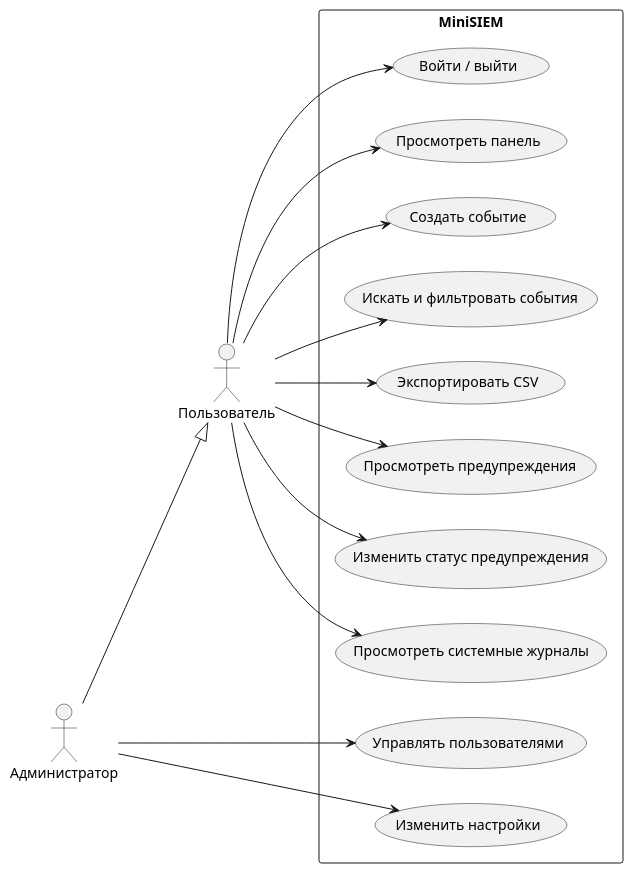
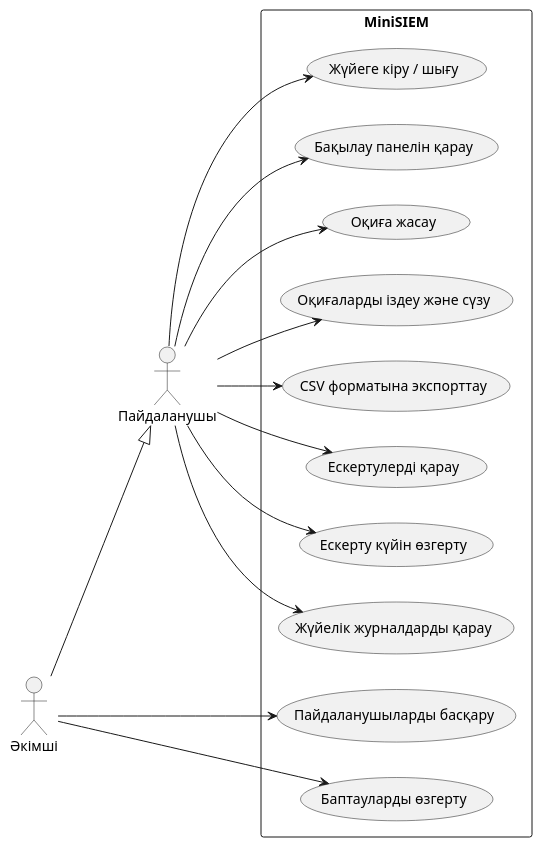
Before and after one commit to FURIA-Team/-SIEM: the diagram in docs/UML/use-case.puml, drawn with PlantUML.

Commit message:
docs: translate UML diagram labels into Kazakh

```diff
--- a/docs/UML/use-case.puml
+++ b/docs/UML/use-case.puml
@@ -1,28 +1,28 @@
 @startuml
 left to right direction
-actor "Пользователь" as User
-actor "Администратор" as Admin
+actor "Пайдаланушы" as User
+actor "Әкімші" as Admin
 Admin --|> User
 rectangle MiniSIEM {
-  usecase "Войти / выйти" as UC1
-  usecase "Просмотреть панель" as UC2
-  usecase "Создать событие" as UC3
-  usecase "Искать и фильтровать события" as UC4
-  usecase "Экспортировать CSV" as UC5
-  usecase "Просмотреть предупреждения" as UC6
-  usecase "Изменить статус предупреждения" as UC7
-  usecase "Просмотреть системные журналы" as UC8
-  usecase "Управлять пользователями" as UC9
-  usecase "Изменить настройки" as UC10
+  usecase "Жүйеге кіру / шығу" as UC1
+  usecase "Бақылау панелін қарау" as UC2
+  usecase "Оқиға жасау" as UC3
+  usecase "Оқиғаларды іздеу және сүзу" as UC4
+  usecase "CSV форматына экспорттау" as UC5
+  usecase "Ескертулерді қарау" as UC6
+  usecase "Ескерту күйін өзгерту" as UC7
+  usecase "Жүйелік журналдарды қарау" as UC8
+  usecase "Пайдаланушыларды басқару" as UC9
+  usecase "Баптауларды өзгерту" as UC10
 }
 User --> UC1
 User --> UC2
 User --> UC3
 User --> UC4
 User --> UC5
 User --> UC6
 User --> UC7
 User --> UC8
 Admin --> UC9
 Admin --> UC10
 @enduml
```
